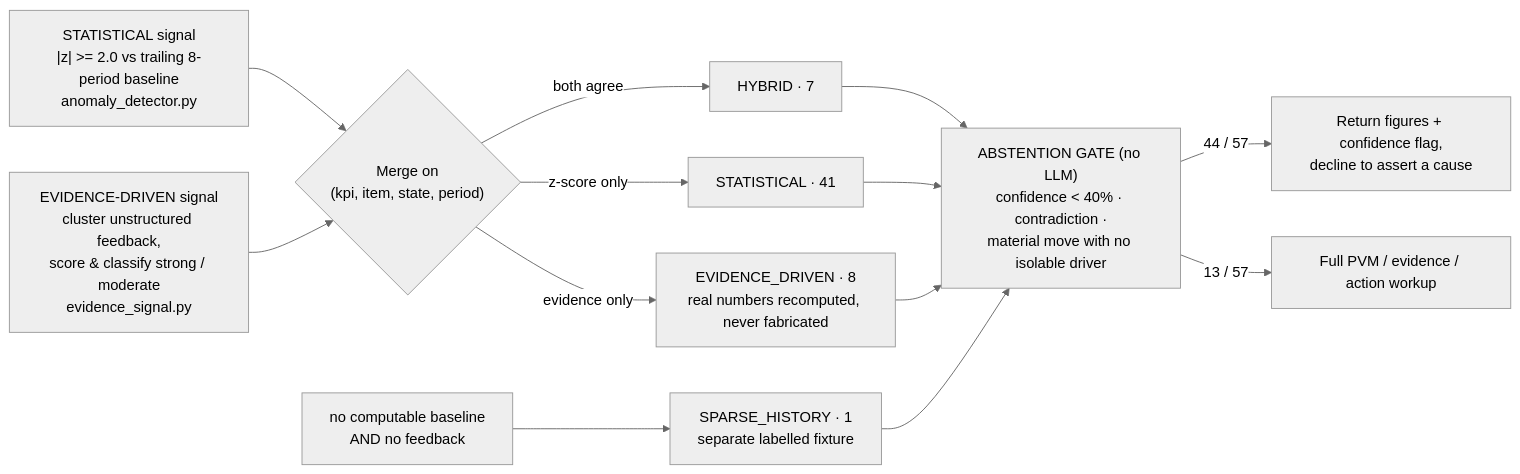
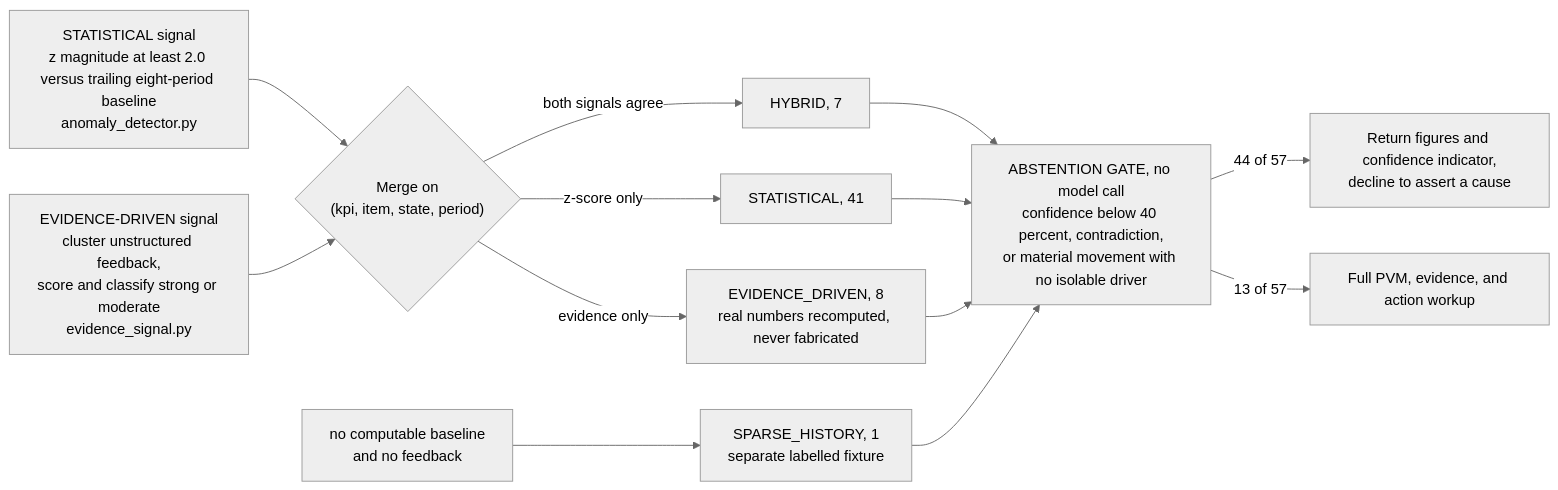
The third of 4 diagrams in README.md (kailash-git/Accenture_AI_Hackathon), drawn with Mermaid (neutral theme) before and after one commit. The commit also changed other lines of this file, not shown here.

````diff
--- a/README.md
+++ b/README.md
@@ -278,15 +294,15 @@
 ```mermaid
 flowchart LR
-    ST["STATISTICAL signal<br/>|z| >= 2.0 vs trailing 8-period baseline<br/>anomaly_detector.py"] --> MG{"Merge on<br/>(kpi, item, state, period)"}
-    EVD["EVIDENCE-DRIVEN signal<br/>cluster unstructured feedback,<br/>score & classify strong / moderate<br/>evidence_signal.py"] --> MG
-    MG -->|both agree| H["HYBRID · 7"]
-    MG -->|z-score only| SS["STATISTICAL · 41"]
-    MG -->|evidence only| EE["EVIDENCE_DRIVEN · 8<br/>real numbers recomputed, never fabricated"]
-    SP["no computable baseline<br/>AND no feedback"] --> SPh["SPARSE_HISTORY · 1<br/>separate labelled fixture"]
+    ST["STATISTICAL signal<br/>z magnitude at least 2.0 versus trailing eight-period baseline<br/>anomaly_detector.py"] --> MG{"Merge on<br/>(kpi, item, state, period)"}
+    EVD["EVIDENCE-DRIVEN signal<br/>cluster unstructured feedback,<br/>score and classify strong or moderate<br/>evidence_signal.py"] --> MG
+    MG -->|both signals agree| H["HYBRID, 7"]
+    MG -->|z-score only| SS["STATISTICAL, 41"]
+    MG -->|evidence only| EE["EVIDENCE_DRIVEN, 8<br/>real numbers recomputed, never fabricated"]
+    SP["no computable baseline<br/>and no feedback"] --> SPh["SPARSE_HISTORY, 1<br/>separate labelled fixture"]
     H --> AB
     SS --> AB
     EE --> AB
-    SPh --> AB["ABSTENTION GATE (no LLM)<br/>confidence < 40% · contradiction ·<br/>material move with no isolable driver"]
-    AB -->|44 / 57| ABS["Return figures + confidence flag,<br/>decline to assert a cause"]
-    AB -->|13 / 57| EXP["Full PVM / evidence / action workup"]
+    SPh --> AB["ABSTENTION GATE, no model call<br/>confidence below 40 percent, contradiction,<br/>or material movement with no isolable driver"]
+    AB -->|44 of 57| ABS["Return figures and confidence indicator,<br/>decline to assert a cause"]
+    AB -->|13 of 57| EXP["Full PVM, evidence, and action workup"]
 ```
````
